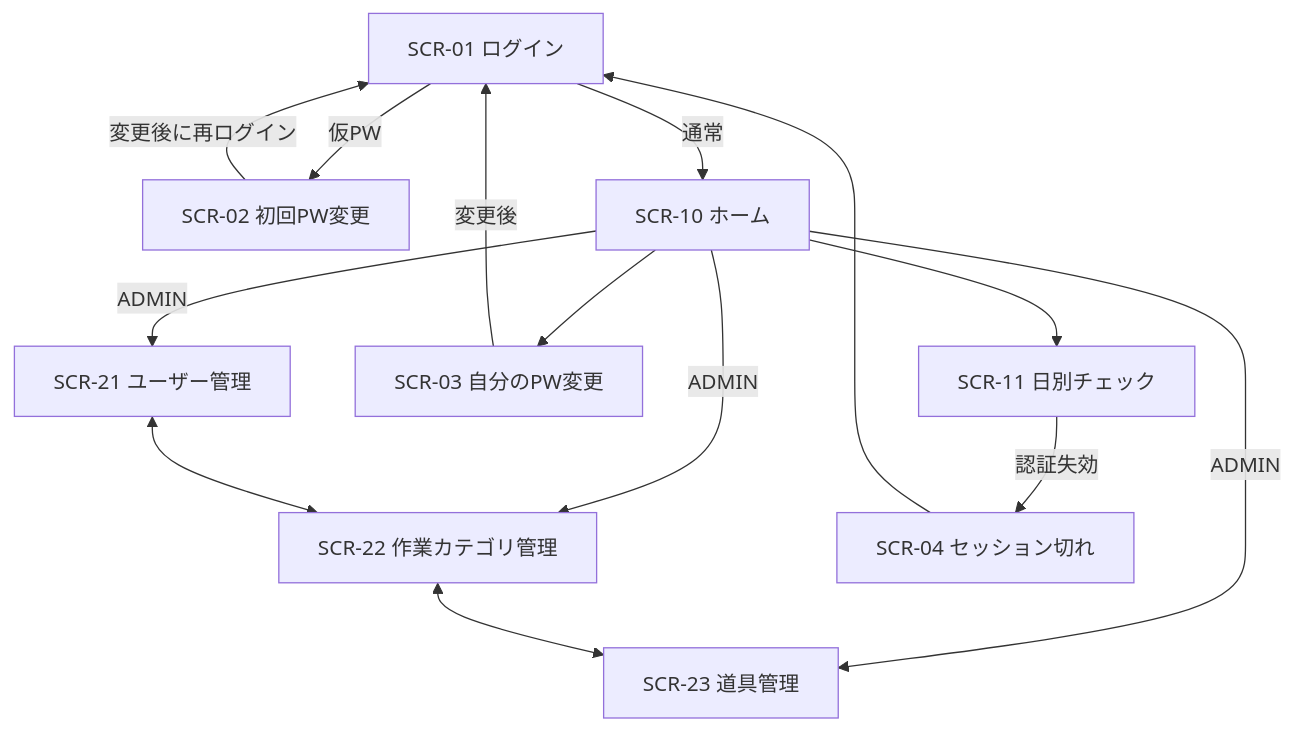
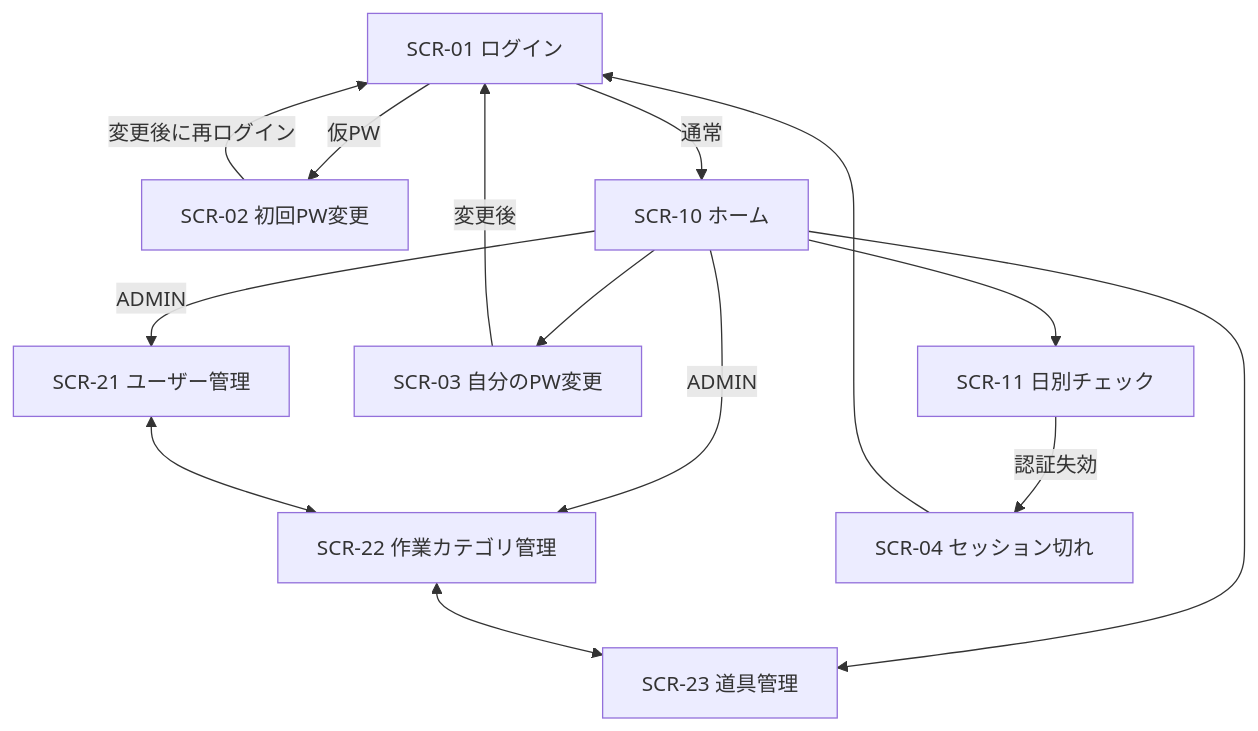
One commit to Hiroyuki-12/FieldFlow changed the diagram in docs/design/screens.md. Above: the diagram before and after it, drawn with Mermaid. The commit also changed other lines of this file and 14 other files, not shown here.

````diff
--- a/docs/design/screens.md
+++ b/docs/design/screens.md
@@ -28,16 +29,16 @@
 ```mermaid
 flowchart TD
     L[SCR-01 ログイン] -->|仮PW| F[SCR-02 初回PW変更]
     L -->|通常| H[SCR-10 ホーム]
     F -->|変更後に再ログイン| L
     H --> C[SCR-11 日別チェック]
     H --> P[SCR-03 自分のPW変更]
     H -->|ADMIN| U[SCR-21 ユーザー管理]
     H -->|ADMIN| G[SCR-22 作業カテゴリ管理]
-    H -->|ADMIN| T[SCR-23 道具管理]
+    H --> T[SCR-23 道具管理]
     U <--> G
     G <--> T
     P -->|変更後| L
     C -->|認証失効| S[SCR-04 セッション切れ]
     S --> L
 ```
````
